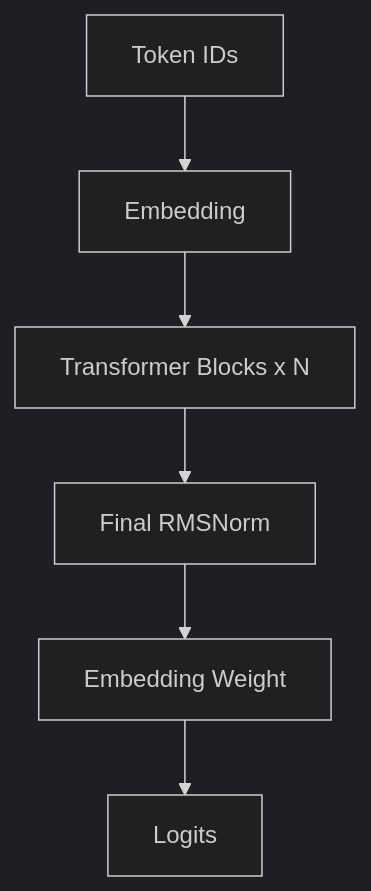
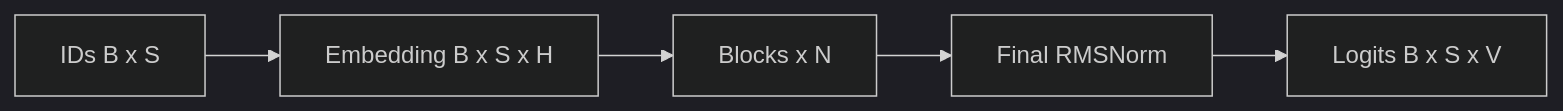
One commit to eagle-dai/easy_llm.cpp changed the fourth of 12 diagrams in my/docs/easy_llm_guide.zh-CN.md. Above: the diagram before and after it, drawn with Mermaid (dark theme). The commit also changed other lines of this file, not shown here.

````diff
--- a/my/docs/easy_llm_guide.zh-CN.md
+++ b/my/docs/easy_llm_guide.zh-CN.md
@@ -578,15 +818,10 @@
 ```mermaid
-flowchart TB
-    I[Token IDs]
-    E[Embedding]
-    B[Transformer Blocks x N]
+flowchart LR
+    I[IDs B x S]
+    E[Embedding B x S x H]
+    B[Blocks x N]
     N[Final RMSNorm]
-    W[Embedding Weight]
-    L[Logits]
+    L[Logits B x S x V]
 
-    I --> E
-    E --> B
-    B --> N
-    N --> W
-    W --> L
+    I --> E --> B --> N --> L
 ```
````
